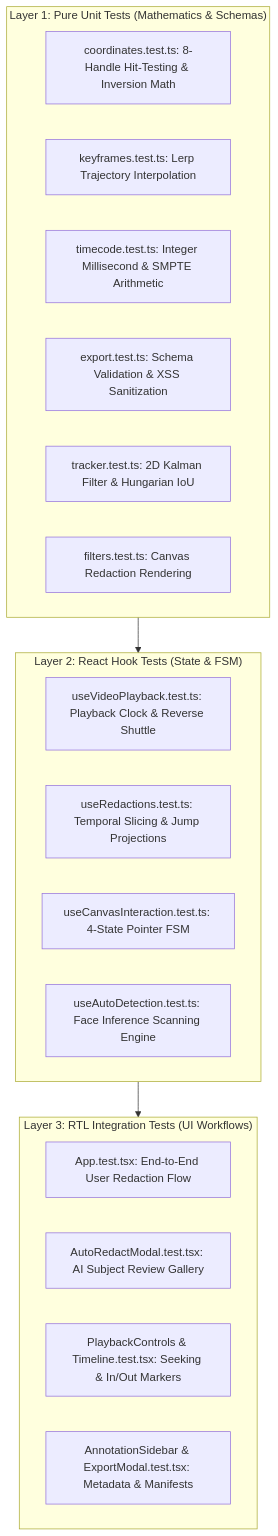
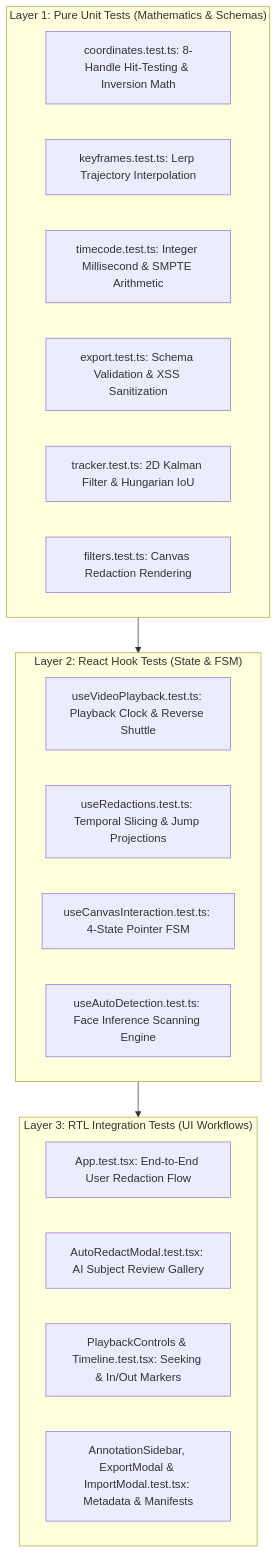
Before and after one commit to mikev-lab/canvas-redact: the diagram in docs/TESTING_STRATEGY.md, drawn with Mermaid. The commit also changed other lines of this file and 1 other file, not shown here.

Commit message:
docs: update test count badges to 173 passed across 20 suites

````diff
--- a/docs/TESTING_STRATEGY.md
+++ b/docs/TESTING_STRATEGY.md
@@ -20,28 +20,28 @@
 ```mermaid
 flowchart TD
     subgraph Layer3["Layer 3: RTL Integration Tests (UI Workflows)"]
         UI1[App.test.tsx: End-to-End User Redaction Flow]
         UI2[AutoRedactModal.test.tsx: AI Subject Review Gallery]
         UI3[PlaybackControls & Timeline.test.tsx: Seeking & In/Out Markers]
-        UI4[AnnotationSidebar & ExportModal.test.tsx: Metadata & Manifests]
+        UI4[AnnotationSidebar, ExportModal & ImportModal.test.tsx: Metadata & Manifests]
     end
 
     subgraph Layer2["Layer 2: React Hook Tests (State & FSM)"]
         H1[useVideoPlayback.test.ts: Playback Clock & Reverse Shuttle]
         H2[useRedactions.test.ts: Temporal Slicing & Jump Projections]
         H3[useCanvasInteraction.test.ts: 4-State Pointer FSM]
         H4[useAutoDetection.test.ts: Face Inference Scanning Engine]
     end
 
     subgraph Layer1["Layer 1: Pure Unit Tests (Mathematics & Schemas)"]
         U1[coordinates.test.ts: 8-Handle Hit-Testing & Inversion Math]
         U2[keyframes.test.ts: Lerp Trajectory Interpolation]
         U3[timecode.test.ts: Integer Millisecond & SMPTE Arithmetic]
         U4[export.test.ts: Schema Validation & XSS Sanitization]
         U5[tracker.test.ts: 2D Kalman Filter & Hungarian IoU]
         U6[filters.test.ts: Canvas Redaction Rendering]
     end
 
     Layer1 --> Layer2
     Layer2 --> Layer3
 ```
````
